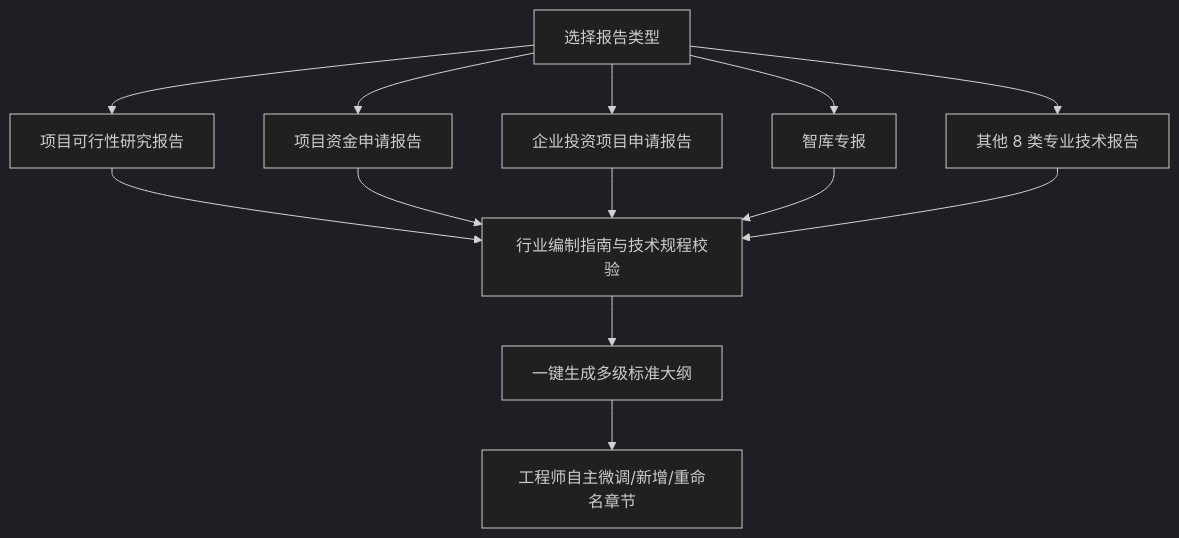
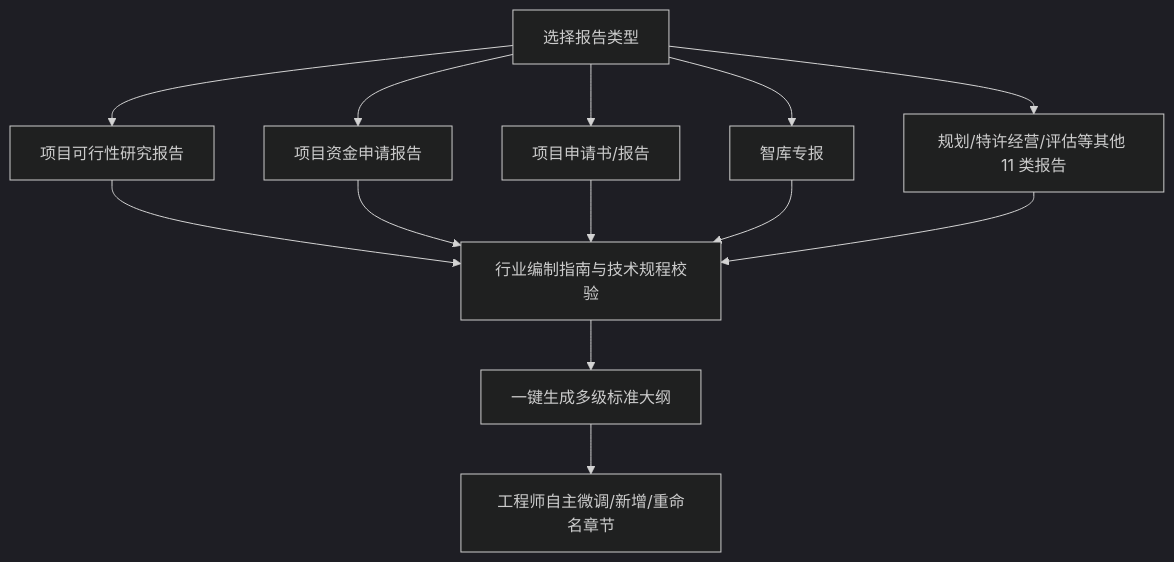
The diagram in site/docs/pipeline.md (atalanta0505/FairyReport), drawn with Mermaid (dark theme) before and after one commit. The commit also changed other lines of this file and 3 other files, not shown here.

````diff
--- a/site/docs/pipeline.md
+++ b/site/docs/pipeline.md
@@ -26,15 +26,15 @@
 ```mermaid
 graph TD
     A[选择报告类型] --> B1[项目可行性研究报告]
     A --> B2[项目资金申请报告]
-    A --> B3[企业投资项目申请报告]
+    A --> B3[项目申请书/报告]
     A --> B4[智库专报]
-    A --> B5[其他 8 类专业技术报告]
+    A --> B5[规划/特许经营/评估等其他 11 类报告]
     B1 --> C[行业编制指南与技术规程校验]
     B2 --> C
     B3 --> C
     B4 --> C
     B5 --> C
     C --> D[一键生成多级标准大纲]
     D --> E[工程师自主微调/新增/重命名章节]
 ```
````
